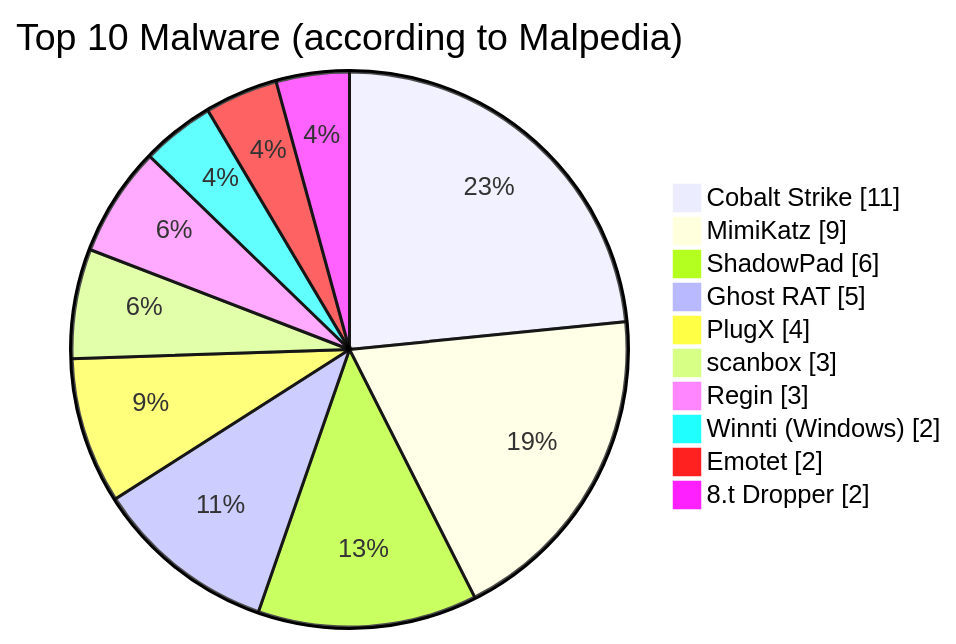
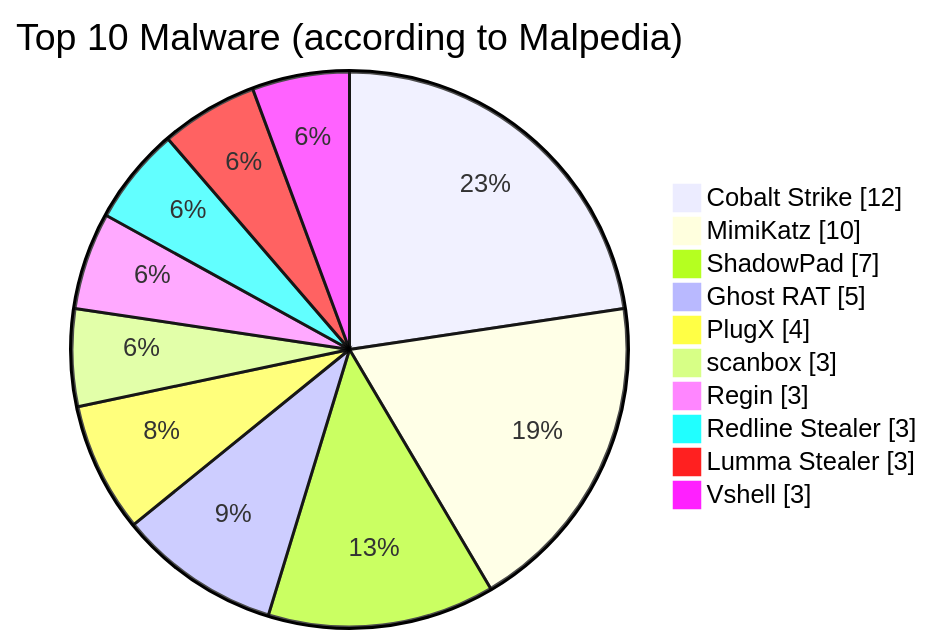
One commit to rectifyq/site changed the second of 2 diagrams in content/MY Threat Landscape/TTPs.md. Above: the diagram before and after it, drawn with Mermaid. The commit also changed other lines of this file, not shown here.

````diff
--- a/content/MY Threat Landscape/TTPs.md
+++ b/content/MY Threat Landscape/TTPs.md
@@ -32,15 +31,15 @@
 ```mermaid
     pie showData
     title Top 10 Malware (according to Malpedia)
-        "Cobalt Strike":	11
-        "MimiKatz":	9
-        "ShadowPad":	6
+        "Cobalt Strike":	12
+        "MimiKatz":	10
+        "ShadowPad":	7
         "Ghost RAT":	5
         "PlugX":	4
         "scanbox":	3
         "Regin":	3
-        "Winnti (Windows)":	2
-        "Emotet":	2
-        "8.t Dropper":	2
+        "Redline Stealer":	3
+        "Lumma Stealer":	3
+        "Vshell":	3
 
 ```
````
